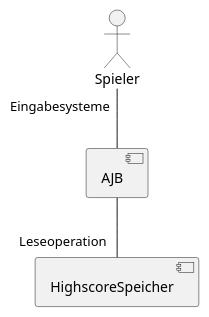
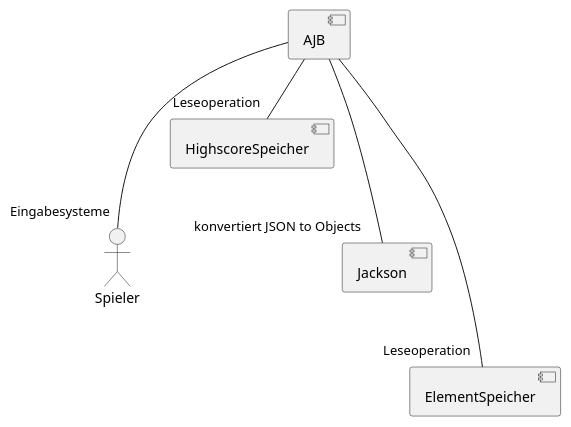
The diagram in Documentation/plantuml/TechnischeAbgrenzung.puml (pfeilda/softwareengineeringProjekt), drawn with PlantUML before and after one commit. The commit also changed 1 other file, not shown here.

Commit message:
[DOCUMENTATION]Added element storage and jackson to "Technische Abgrenzung"

```diff
--- a/Documentation/plantuml/TechnischeAbgrenzung.puml
+++ b/Documentation/plantuml/TechnischeAbgrenzung.puml
@@ -1,10 +1,14 @@
 @startuml
 
 component AJB
 actor Spieler
+component HighscoreSpeicher
+component Jackson
+component ElementSpeicher
 
-AJB -up- "Eingabesysteme" Spieler
-component HighscoreSpeicher
 AJB -- "Leseoperation" HighscoreSpeicher
+AJB --- "konvertiert JSON to Objects" Jackson
+AJB ---- "Leseoperation" ElementSpeicher
+AJB --- "Eingabesysteme" Spieler
 
 @enduml
```
